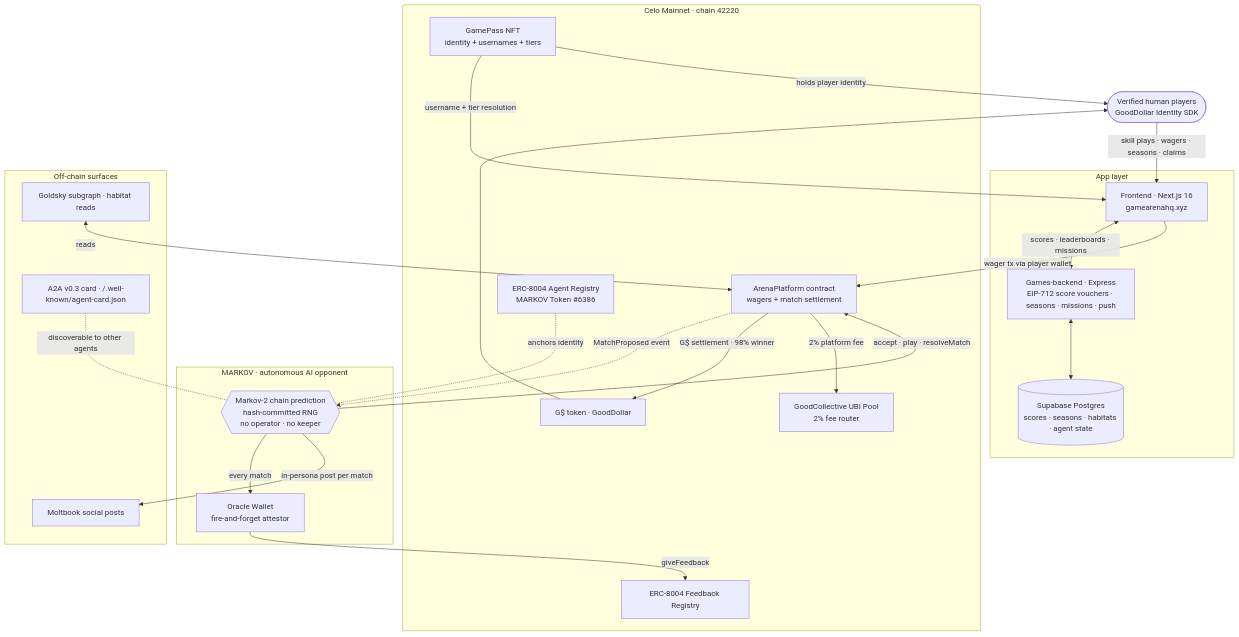
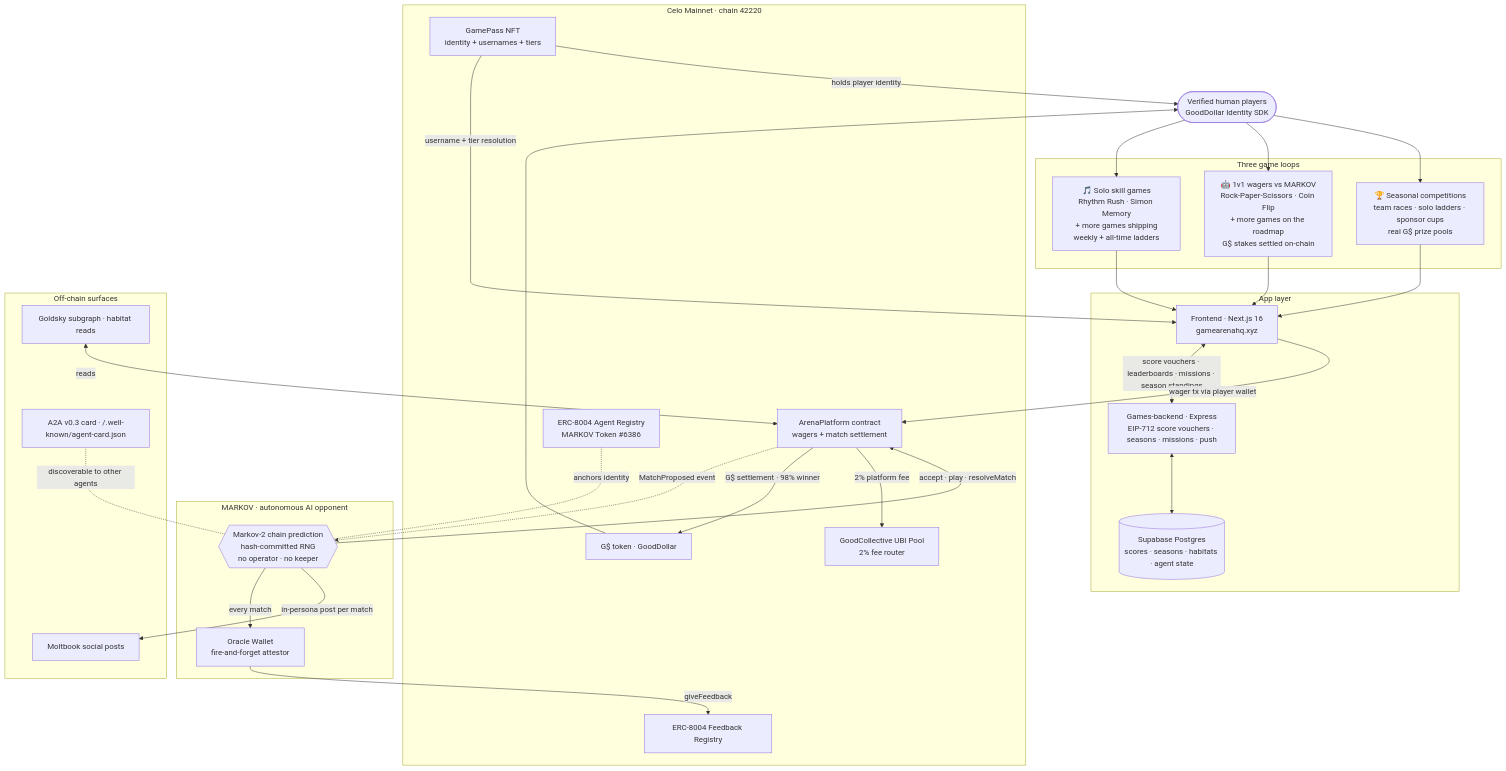
One commit to HACK3R-CRYPTO/Gamerstew changed the first of 2 diagrams in README.md. Above: the diagram before and after it, drawn with Mermaid. The commit also changed other lines of this file, not shown here.

Commit message:
docs(readme): architecture diagram shows all 3 game loops + extensibility (#133)
The prior diagram surfaced MARKOV explicitly but hid the other game
loops inside a generic "Frontend" block, which read as if Challenge
AI was the whole platform. Updates:

- Adds a "Three game loops" subgraph at the top · 🎵 Solo skill
  games (Rhythm Rush + Simon Memory + more shipping), 🤖 1v1
  wagers vs MARKOV (RPS + Coin Flip + more on the roadmap),
  🏆 Seasonal competitions (team races + solo ladders + cups).
- Each loop flows into the same Frontend so the rest of the
  diagram stays unchanged.
- Narrative paragraph rewritten to describe all three loops
  individually and note the platform is designed to onboard new
  game types without a contract redeploy · score vouchers and the
  wager primitive are game-agnostic.

The submission story is now community-first AND multi-game first,
which matches how players actually describe GameArena on X.

````diff
--- a/README.md
+++ b/README.md
@@ -31,50 +31,63 @@
 ```mermaid
 flowchart TB
     P([Verified human players<br/>GoodDollar Identity SDK])
+
+    subgraph LOOPS["Three game loops"]
+        SKILL[🎵 Solo skill games<br/>Rhythm Rush · Simon Memory<br/>+ more games shipping<br/>weekly + all-time ladders]
+        AGENTWAGER[🤖 1v1 wagers vs MARKOV<br/>Rock-Paper-Scissors · Coin Flip<br/>+ more games on the roadmap<br/>G$ stakes settled on-chain]
+        SEASONS[🏆 Seasonal competitions<br/>team races · solo ladders · sponsor cups<br/>real G$ prize pools]
+    end
 
     subgraph APP["App layer"]
         FE[Frontend · Next.js 16<br/>gamearenahq.xyz]
         BE[Games-backend · Express<br/>EIP-712 score vouchers · seasons · missions · push]
         DB[(Supabase Postgres<br/>scores · seasons · habitats · agent state)]
     end
 
     subgraph CHAIN["Celo Mainnet · chain 42220"]
         AP[ArenaPlatform contract<br/>wagers + match settlement]
         GP[GamePass NFT<br/>identity + usernames + tiers]
         GD[G$ token · GoodDollar]
         UBI[GoodCollective UBI Pool<br/>2% fee router]
         REG[ERC-8004 Agent Registry<br/>MARKOV Token #6386]
         FB[ERC-8004 Feedback Registry]
     end
 
     subgraph AGENT["MARKOV · autonomous AI opponent"]
         M{{Markov-2 chain prediction<br/>hash-committed RNG<br/>no operator · no keeper}}
         OR[Oracle Wallet<br/>fire-and-forget attestor]
     end
 
     subgraph EXT["Off-chain surfaces"]
         MB[Moltbook social posts]
         A2A[A2A v0.3 card · /.well-known/agent-card.json]
         GK[Goldsky subgraph · habitat reads]
     end
 
-    P -->|skill plays · wagers · seasons · claims| FE
-    FE <-->|scores · leaderboards · missions| BE
+    P --> SKILL
+    P --> AGENTWAGER
+    P --> SEASONS
+
+    SKILL --> FE
+    AGENTWAGER --> FE
+    SEASONS --> FE
+
+    FE <-->|score vouchers · leaderboards · missions · season standings| BE
     BE <--> DB
     FE -->|wager tx via player wallet| AP
     GP -->|username + tier resolution| FE
     GP -->|holds player identity| P
 
     AP -.MatchProposed event.-> M
     M -->|accept · play · resolveMatch| AP
     AP -->|G$ settlement · 98% winner| GD
     AP -->|2% platform fee| UBI
     GD --> P
 
     M -->|every match| OR
     OR -->|giveFeedback| FB
     M -->|in-persona post per match| MB
     REG -.anchors identity.- M
     A2A -.discoverable to other agents.- M
     GK <-->|reads| AP
 ```
````
